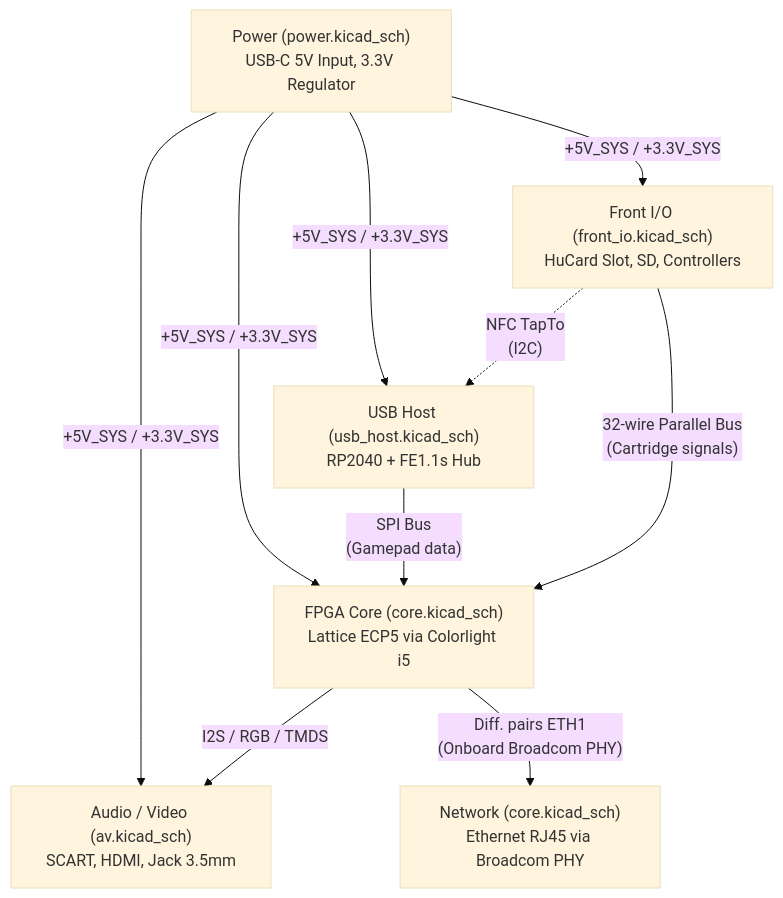
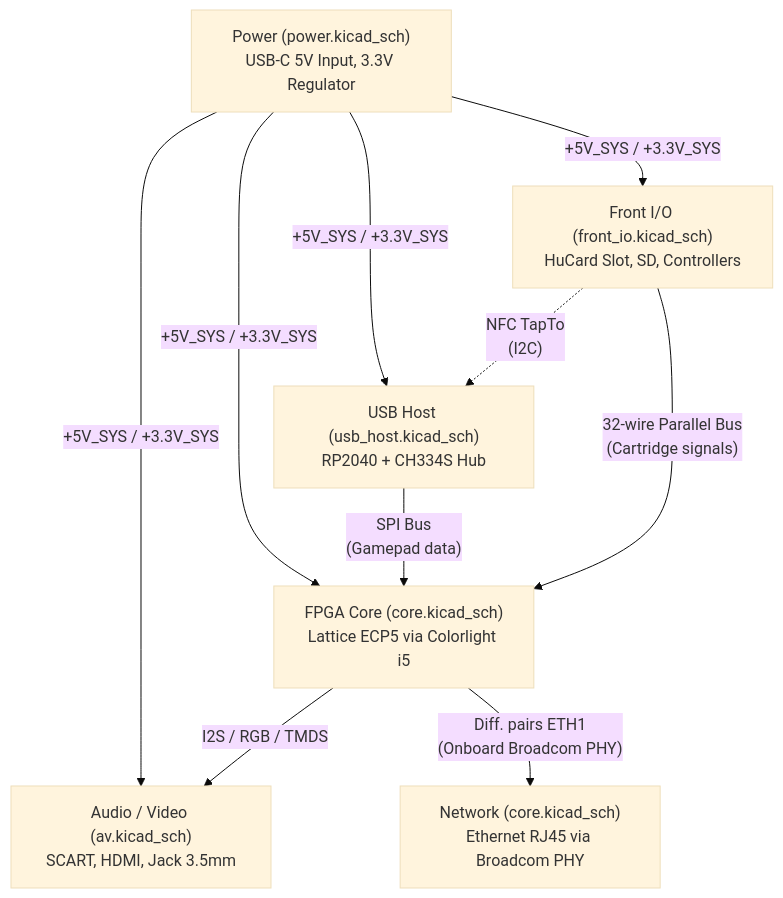
One commit to supermomo31/PCE_colorlight_carrier changed the first of 7 diagrams in README.md. Above: the diagram before and after it, drawn with Mermaid (base theme). The commit also changed other lines of this file, not shown here.

````diff
--- a/README.md
+++ b/README.md
@@ -53,20 +53,20 @@
 ```mermaid
 graph TD
     PWR["Power (power.kicad_sch)<br/>USB-C 5V Input, 3.3V Regulator"]
     CORE["FPGA Core (core.kicad_sch)<br/>Lattice ECP5 via Colorlight i5"]
     FIO["Front I/O (front_io.kicad_sch)<br/>HuCard Slot, SD, Controllers"]
     AV["Audio / Video (av.kicad_sch)<br/>SCART, HDMI, Jack 3.5mm"]
-    USB["USB Host (usb_host.kicad_sch)<br/>RP2040 + FE1.1s Hub"]
+    USB["USB Host (usb_host.kicad_sch)<br/>RP2040 + CH334S Hub"]
     NET["Network (core.kicad_sch)<br/>Ethernet RJ45 via Broadcom PHY"]
 
     PWR -->|"+5V_SYS / +3.3V_SYS"| CORE
     PWR -->|"+5V_SYS / +3.3V_SYS"| FIO
     PWR -->|"+5V_SYS / +3.3V_SYS"| AV
     PWR -->|"+5V_SYS / +3.3V_SYS"| USB
 
     USB -->|"SPI Bus<br/>(Gamepad data)"| CORE
     FIO -->|"32-wire Parallel Bus<br/>(Cartridge signals)"| CORE
     FIO -.->|"NFC TapTo<br/>(I2C)"| USB
     CORE -->|"I2S / RGB / TMDS"| AV
     CORE -->|"Diff. pairs ETH1<br/>(Onboard Broadcom PHY)"| NET
 ```
````
